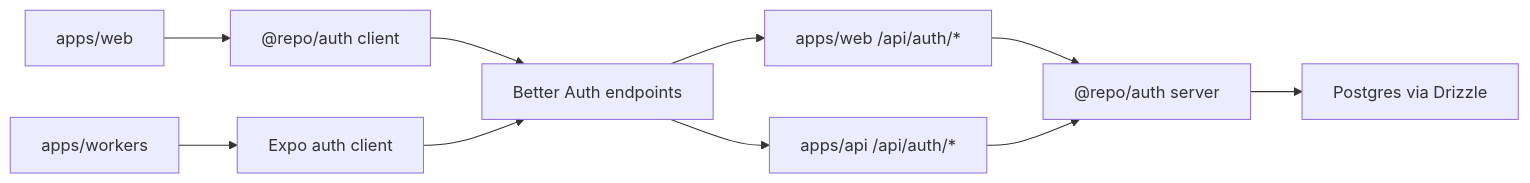
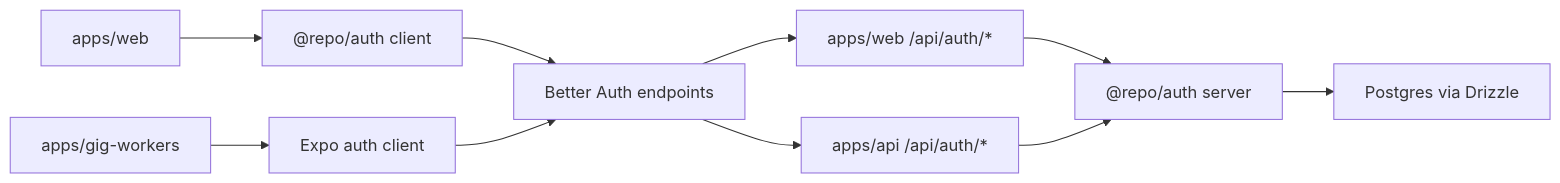
One commit to PavanAkurathi/pavn changed the first of 3 diagrams in packages/auth/README.md. Above: the diagram before and after it, drawn with Mermaid. The commit also changed other lines of this file and 274 other files, not shown here.

````diff
--- a/packages/auth/README.md
+++ b/packages/auth/README.md
@@ -39,12 +39,12 @@
 ```mermaid
 flowchart LR
     A["apps/web"] --> B["@repo/auth client"]
-    C["apps/workers"] --> D["Expo auth client"]
+    C["apps/gig-workers"] --> D["Expo auth client"]
     B --> E["Better Auth endpoints"]
     D --> E
     E --> F["apps/web /api/auth/*"]
     E --> G["apps/api /api/auth/*"]
     F --> H["@repo/auth server"]
     G --> H
     H --> I["Postgres via Drizzle"]
 ```
````
